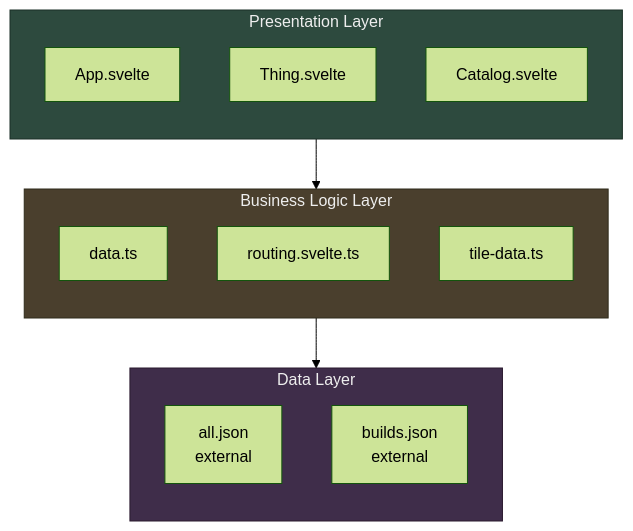
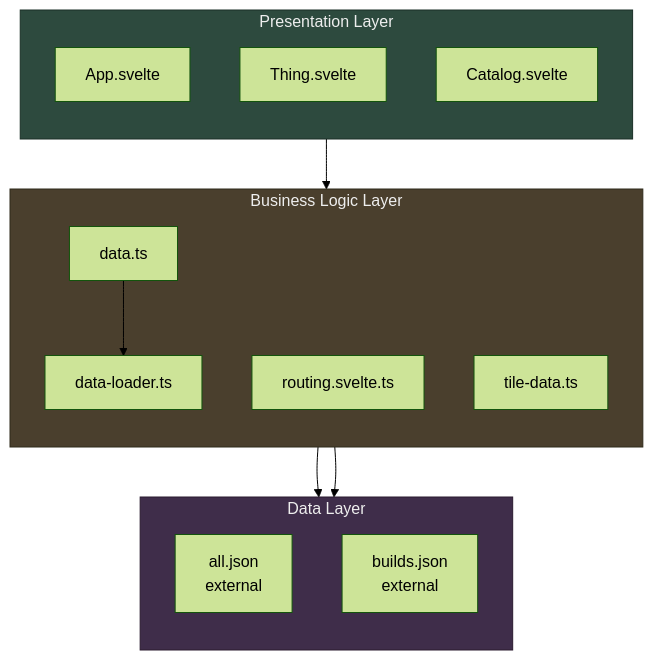
Before and after one commit to ushkinaz/cbn-guide: the third of 8 diagrams in docs/architecture.md, drawn with Mermaid (forest theme). The commit also changed other lines of this file and 38 other files, not shown here.

Commit message:
refactor(data): replace setVersion with loadData, add data-loader.ts, and improve orchestration

````diff
--- a/docs/architecture.md
+++ b/docs/architecture.md
@@ -129,29 +129,32 @@
 ```mermaid
 flowchart TD
     subgraph Presentation["Presentation Layer"]
         direction TB
         AppSvelte[App.svelte]
         Thing[Thing.svelte]
         Catalog[Catalog.svelte]
     end
 
     subgraph Business["Business Logic Layer"]
         direction TB
         DataTS[data.ts]
+        DataLoaderTS[data-loader.ts]
         RoutingTS[routing.svelte.ts]
         TileDataTS[tile-data.ts]
     end
 
     subgraph Data["Data Layer"]
         direction TB
         AllJSON[all.json<br/>external]
         BuildsJSON[builds.json<br/>external]
     end
 
     Presentation --> Business
     Business --> Data
+    DataTS --> DataLoaderTS
+    DataLoaderTS --> Data
 
     style Presentation fill:#2d4a3e,stroke:#1a2f26,color:#eee
     style Business fill:#4a3f2d,stroke:#2f2a1a,color:#eee
     style Data fill:#3f2d4a,stroke:#2a1a2f,color:#eee
 ```
````
